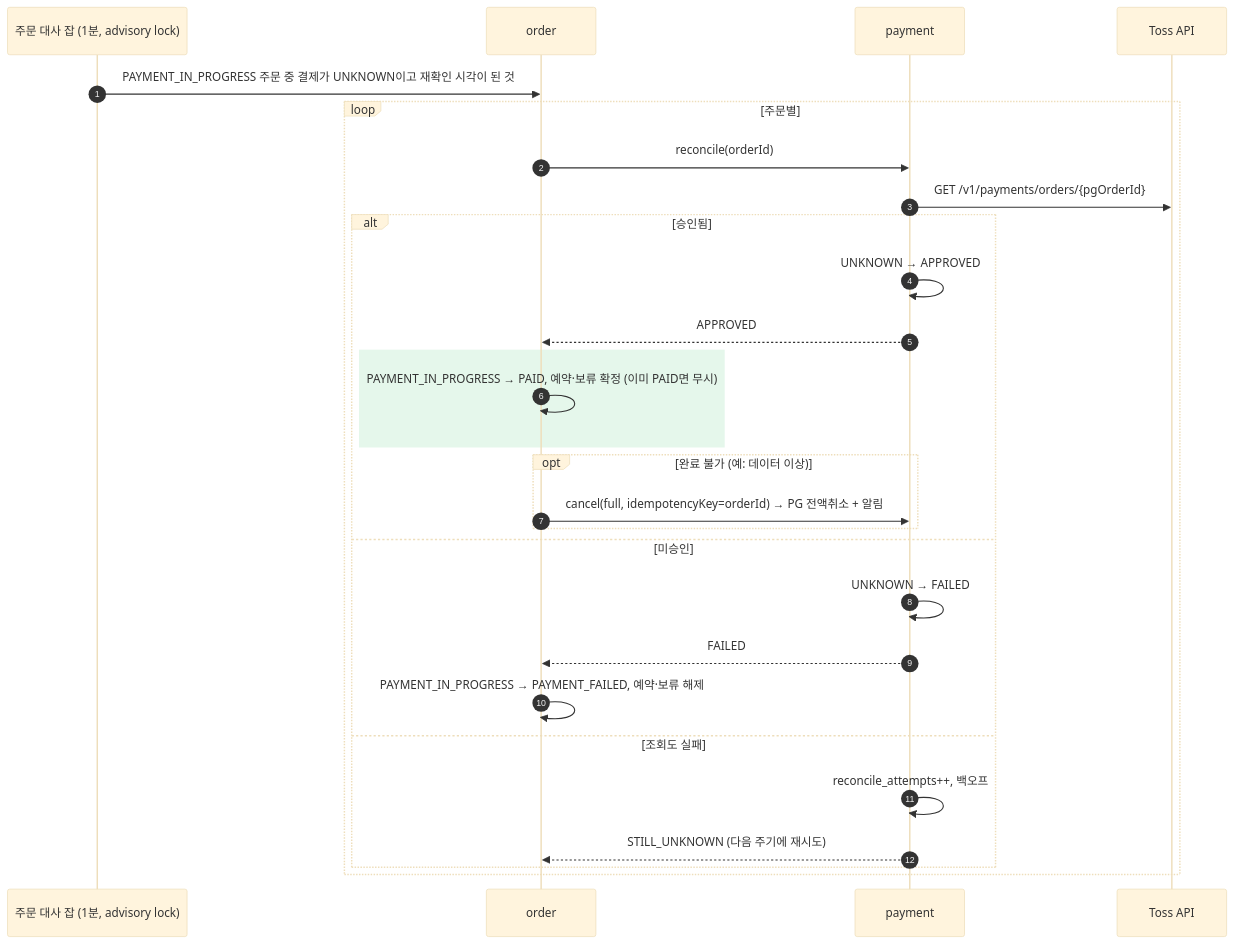
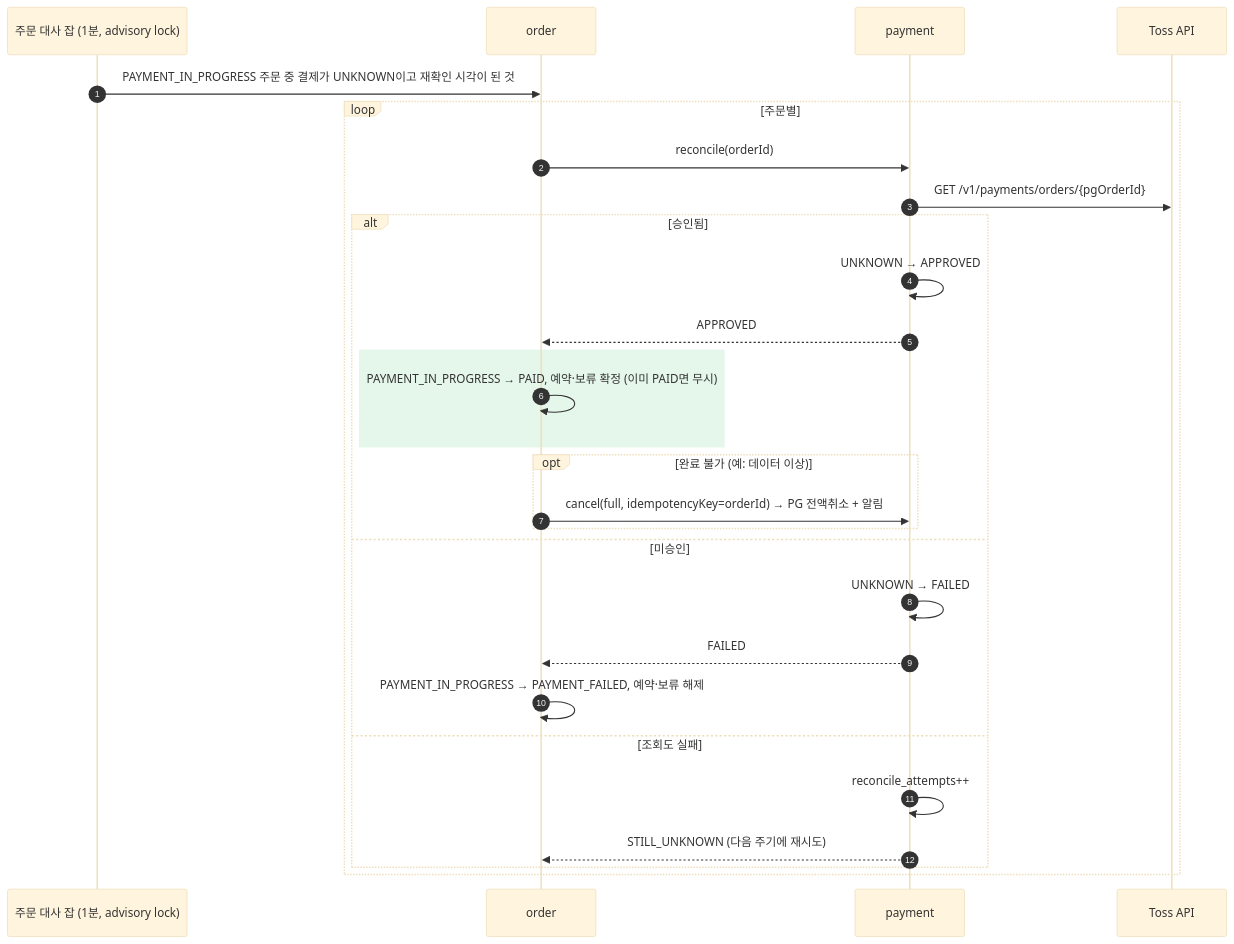
Before and after one commit to 95twan/myroutine-v2: the third of 10 diagrams in docs/02-design/06-sequences.md, drawn with Mermaid (base theme). The commit also changed other lines of this file and 27 other files, not shown here.

````diff
--- a/docs/02-design/06-sequences.md
+++ b/docs/02-design/06-sequences.md
@@ -73,30 +68,30 @@
 ```mermaid
 sequenceDiagram
   autonumber
   participant J as 주문 대사 잡 (1분, advisory lock)
   participant O as order
   participant P as payment
   participant PG as Toss API
   J->>O: PAYMENT_IN_PROGRESS 주문 중 결제가 UNKNOWN이고 재확인 시각이 된 것
   loop 주문별
     O->>P: reconcile(orderId)
     P->>PG: GET /v1/payments/orders/{pgOrderId}
     alt 승인됨
       P->>P: UNKNOWN → APPROVED
       P-->>O: APPROVED
       rect rgba(80,200,120,0.15)
         O->>O: PAYMENT_IN_PROGRESS → PAID, 예약·보류 확정 (이미 PAID면 무시)
       end
       opt 완료 불가 (예: 데이터 이상)
         O->>P: cancel(full, idempotencyKey=orderId) → PG 전액취소 + 알림
       end
     else 미승인
       P->>P: UNKNOWN → FAILED
       P-->>O: FAILED
       O->>O: PAYMENT_IN_PROGRESS → PAYMENT_FAILED, 예약·보류 해제
     else 조회도 실패
-      P->>P: reconcile_attempts++, 백오프
+      P->>P: reconcile_attempts++
       P-->>O: STILL_UNKNOWN (다음 주기에 재시도)
     end
   end
 ```
````
